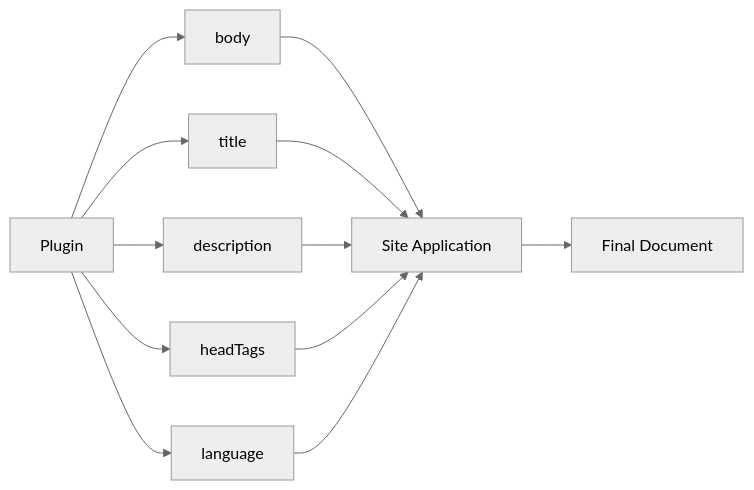
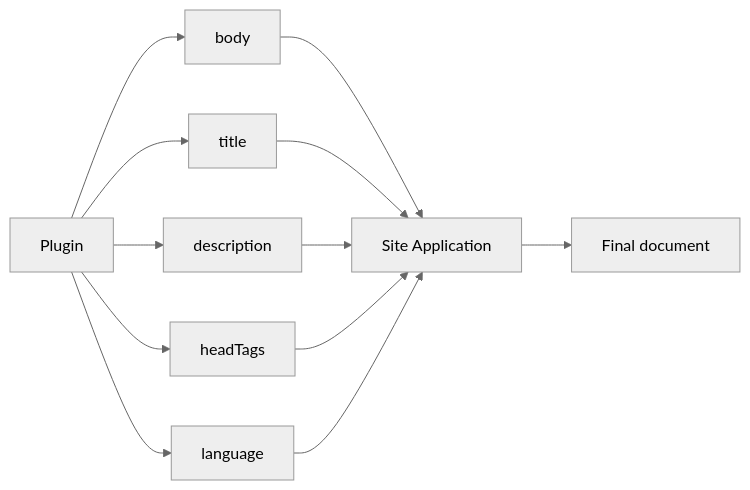
One commit to Rerurate514/riebeckite changed diagram 12 of 14 in docs/docs/framework/page-system.md. Above: the diagram before and after it, drawn with Mermaid (neutral theme). The commit also changed other lines of this file and 604 other files, not shown here.

````diff
--- a/docs/docs/framework/page-system.md
+++ b/docs/docs/framework/page-system.md
@@ -423,18 +413,18 @@
-```mermaid id="h81lcz"
+```mermaid
 flowchart LR
     Plugin["Plugin"]
 
     Plugin --> Body["body"]
     Plugin --> Title["title"]
     Plugin --> Description["description"]
     Plugin --> Head["headTags"]
     Plugin --> Language["language"]
 
     Body --> Site["Site Application"]
     Title --> Site
     Description --> Site
     Head --> Site
     Language --> Site
 
-    Site --> Document["Final Document"]
+    Site --> Document["Final document"]
 ```
````
